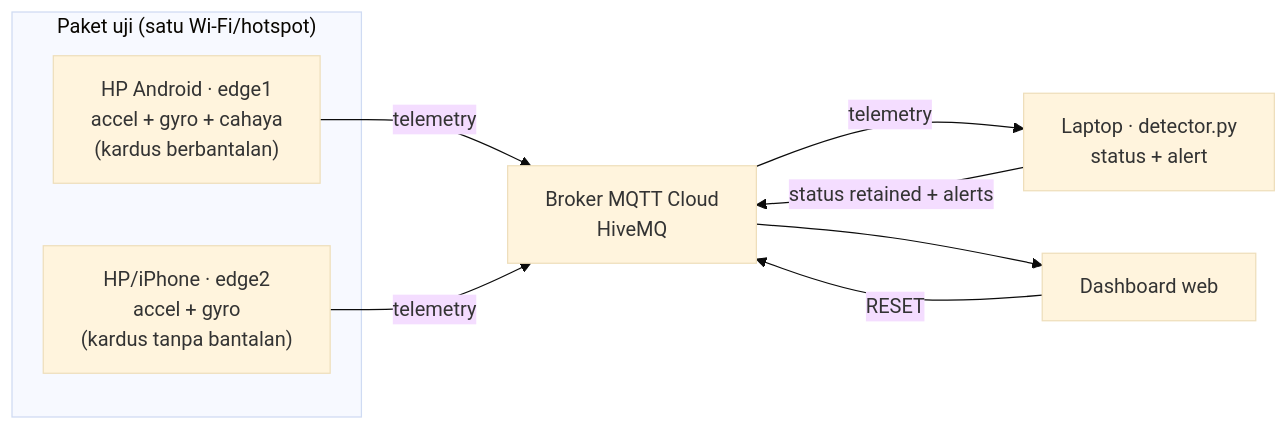
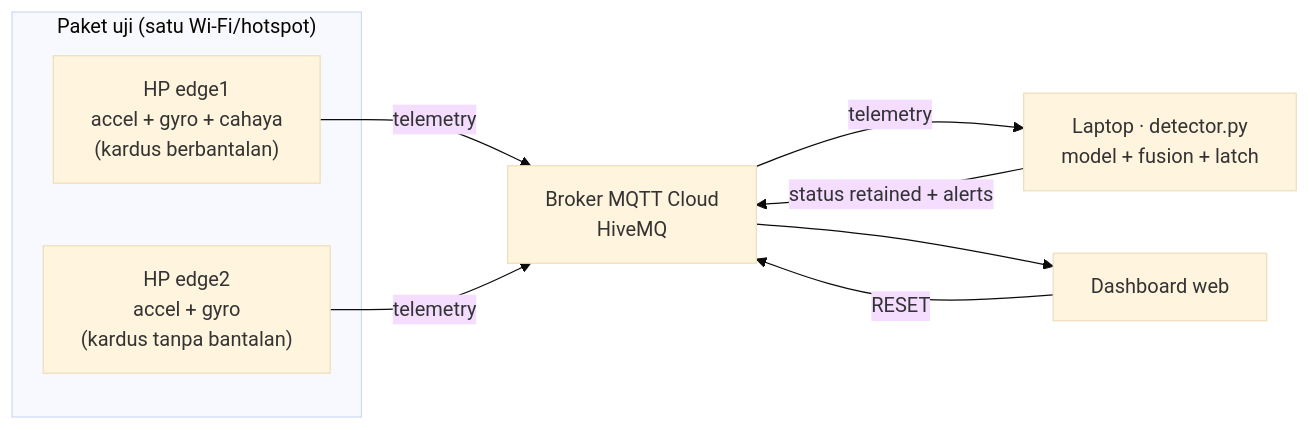
One commit to najelanaura/sealguard_kel_4 changed the first of 2 diagrams in README.md. Above: the diagram before and after it, drawn with Mermaid (base theme). The commit also changed other lines of this file and 5 other files, not shown here.

````diff
--- a/README.md
+++ b/README.md
@@ -9,16 +15,16 @@
 ```mermaid
 flowchart LR
   subgraph PAKET["Paket uji (satu Wi-Fi/hotspot)"]
-    A["HP Android · edge1<br/>accel + gyro + cahaya<br/>(kardus berbantalan)"]
-    B["HP/iPhone · edge2<br/>accel + gyro<br/>(kardus tanpa bantalan)"]
+    A["HP edge1<br/>accel + gyro + cahaya<br/>(kardus berbantalan)"]
+    B["HP edge2<br/>accel + gyro<br/>(kardus tanpa bantalan)"]
   end
   M["Broker MQTT Cloud<br/>HiveMQ"]
-  D["Laptop · detector.py<br/>status + alert"]
+  D["Laptop · detector.py<br/>model + fusion + latch"]
   W["Dashboard web"]
   A -->|telemetry| M
   B -->|telemetry| M
   M -->|telemetry| D
   D -->|status retained + alerts| M
   M --> W
   W -->|RESET| M
 ```
````
